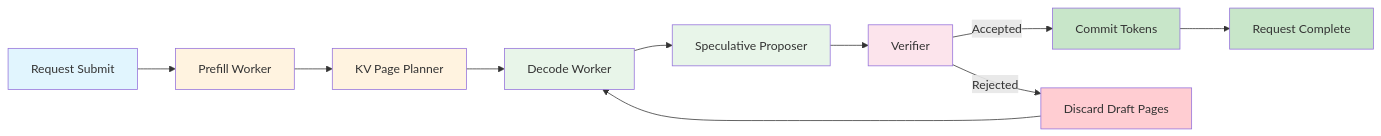
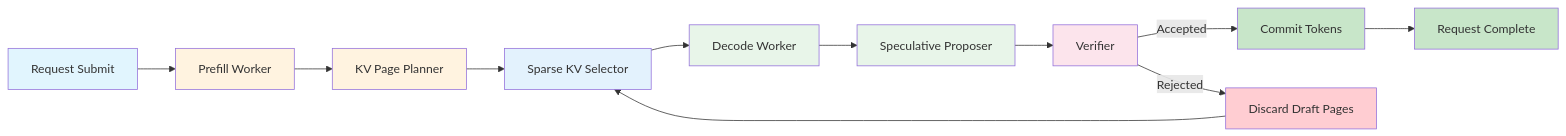
One commit to manishklach/gpu-resident-inference-lab changed the diagram in README.md. Above: the diagram before and after it, drawn with Mermaid. The commit also changed other lines of this file and 15 other files, not shown here.

````diff
--- a/README.md
+++ b/README.md
@@ -18,22 +18,24 @@
 ```mermaid
 graph LR
     A[Request Submit] --> B[Prefill Worker]
     B --> C[KV Page Planner]
-    C --> D[Decode Worker]
-    D --> E[Speculative Proposer]
-    E --> F[Verifier]
-    F -->|Accepted| G[Commit Tokens]
-    F -->|Rejected| H[Discard Draft Pages]
-    G --> I[Request Complete]
-    H --> D
+    C --> D[Sparse KV Selector]
+    D --> E[Decode Worker]
+    E --> F[Speculative Proposer]
+    F --> G[Verifier]
+    G -->|Accepted| H[Commit Tokens]
+    G -->|Rejected| I[Discard Draft Pages]
+    H --> J[Request Complete]
+    I --> D
 
     style A fill:#e1f5fe
     style B fill:#fff3e0
     style C fill:#fff3e0
-    style D fill:#e8f5e9
+    style D fill:#e3f2fd
     style E fill:#e8f5e9
-    style F fill:#fce4ec
-    style G fill:#c8e6c9
-    style H fill:#ffcdd2
-    style I fill:#c8e6c9
+    style F fill:#e8f5e9
+    style G fill:#fce4ec
+    style H fill:#c8e6c9
+    style I fill:#ffcdd2
+    style J fill:#c8e6c9
 ```
````
